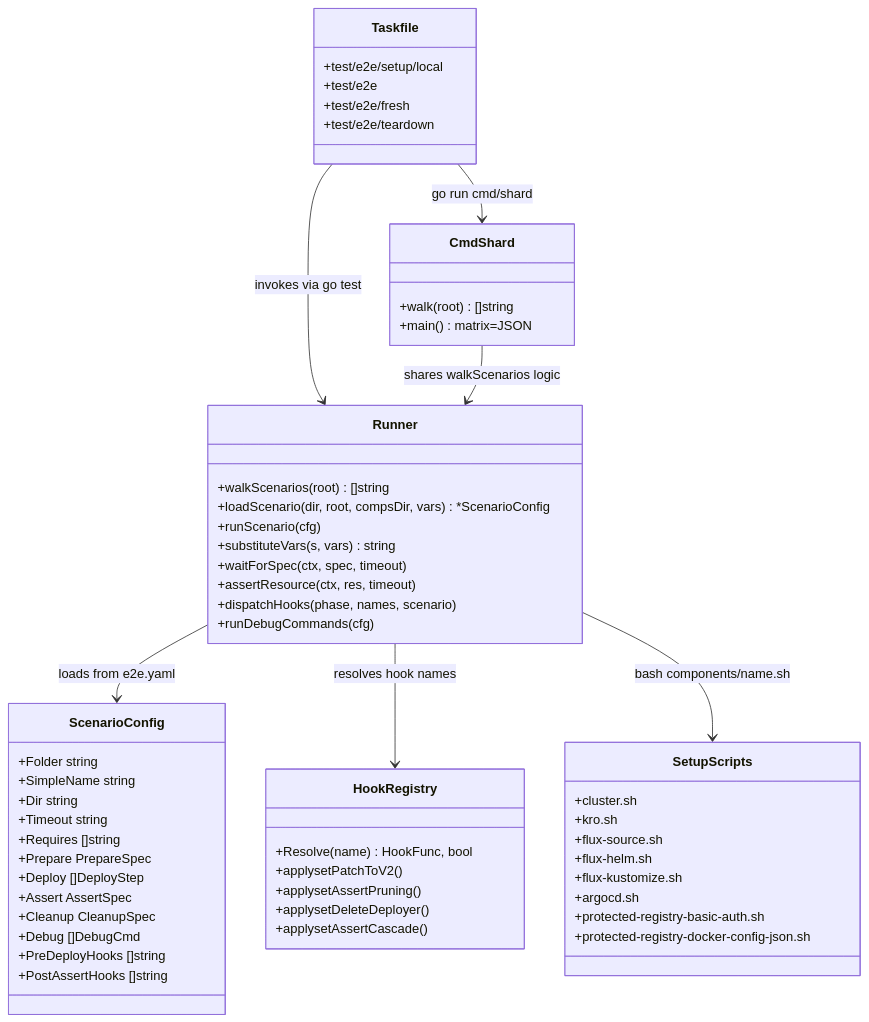
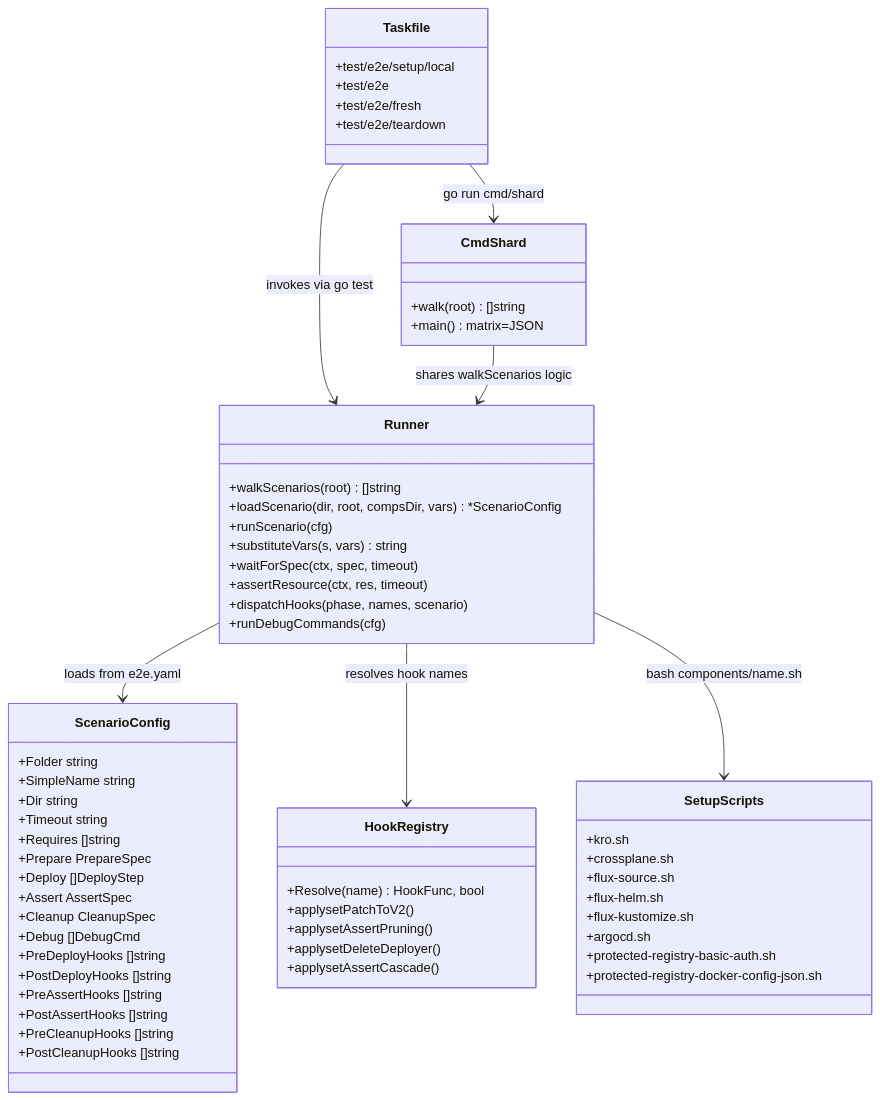
Before and after one commit to sk31337/open-component-model: the first of 2 diagrams in kubernetes/controller/test/e2e/AUTHORING.md, drawn with Mermaid. The commit also changed other lines of this file and 1 other file, not shown here.

Commit message:
feat(refactor): update hook registry and improve deployment wait conditions in documentation

````diff
--- a/kubernetes/controller/test/e2e/AUTHORING.md
+++ b/kubernetes/controller/test/e2e/AUTHORING.md
@@ -16,66 +16,70 @@
 ```mermaid
 classDiagram
     class Taskfile {
         +test/e2e/setup/local
         +test/e2e
         +test/e2e/fresh
         +test/e2e/teardown
     }
 
     class Runner {
         +walkScenarios(root) []string
         +loadScenario(dir, root, compsDir, vars) *ScenarioConfig
         +runScenario(cfg)
         +substituteVars(s, vars) string
         +waitForSpec(ctx, spec, timeout)
         +assertResource(ctx, res, timeout)
         +dispatchHooks(phase, names, scenario)
         +runDebugCommands(cfg)
     }
 
     class ScenarioConfig {
         +Folder string
         +SimpleName string
         +Dir string
         +Timeout string
         +Requires []string
         +Prepare PrepareSpec
         +Deploy []DeployStep
         +Assert AssertSpec
         +Cleanup CleanupSpec
         +Debug []DebugCmd
         +PreDeployHooks []string
+        +PostDeployHooks []string
+        +PreAssertHooks []string
         +PostAssertHooks []string
+        +PreCleanupHooks []string
+        +PostCleanupHooks []string
     }
 
     class HookRegistry {
         +Resolve(name) HookFunc, bool
         +applysetPatchToV2()
         +applysetAssertPruning()
         +applysetDeleteDeployer()
         +applysetAssertCascade()
     }
 
     class SetupScripts {
-        +cluster.sh
         +kro.sh
+        +crossplane.sh
         +flux-source.sh
         +flux-helm.sh
         +flux-kustomize.sh
         +argocd.sh
         +protected-registry-basic-auth.sh
         +protected-registry-docker-config-json.sh
     }
 
     class CmdShard {
         +walk(root) []string
         +main() matrix=JSON
     }
 
     Taskfile --> Runner : invokes via go test
     Runner --> ScenarioConfig : loads from e2e.yaml
     Runner --> HookRegistry : resolves hook names
     Runner --> SetupScripts : bash components/name.sh
     CmdShard --> Runner : shares walkScenarios logic
     Taskfile --> CmdShard : go run cmd/shard
 ```
````
